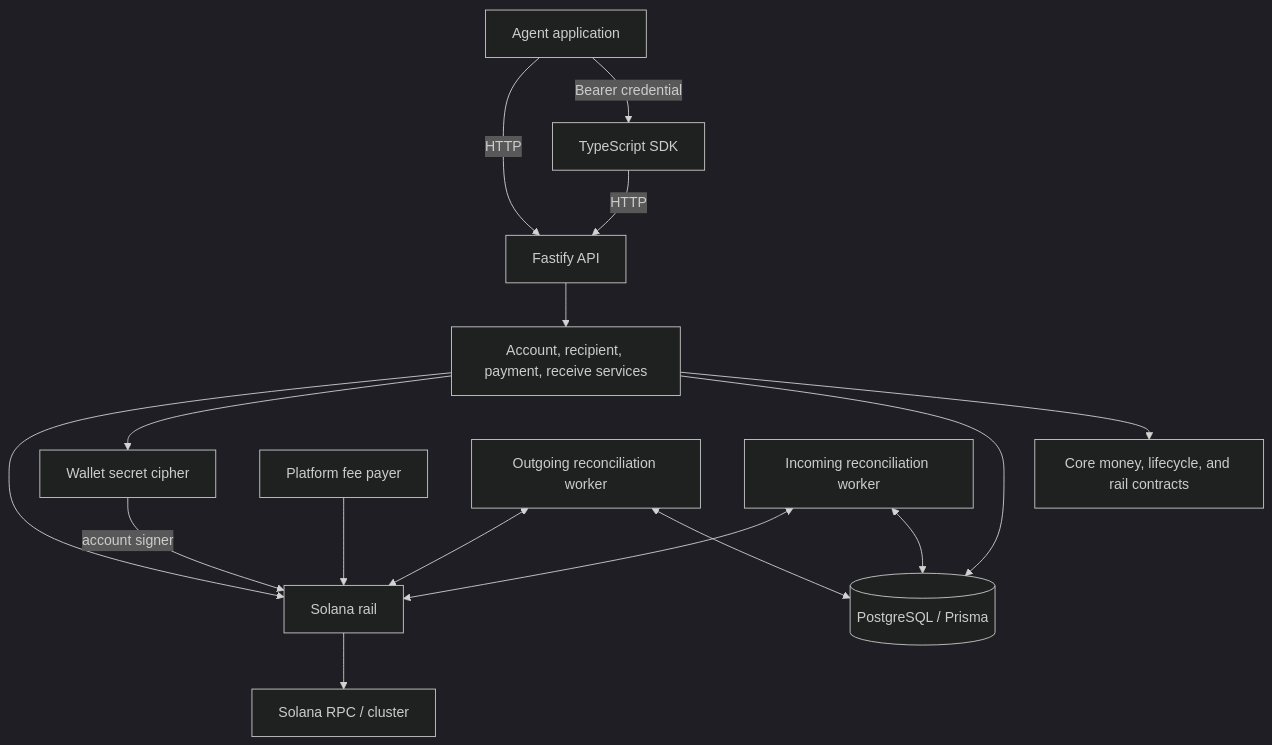
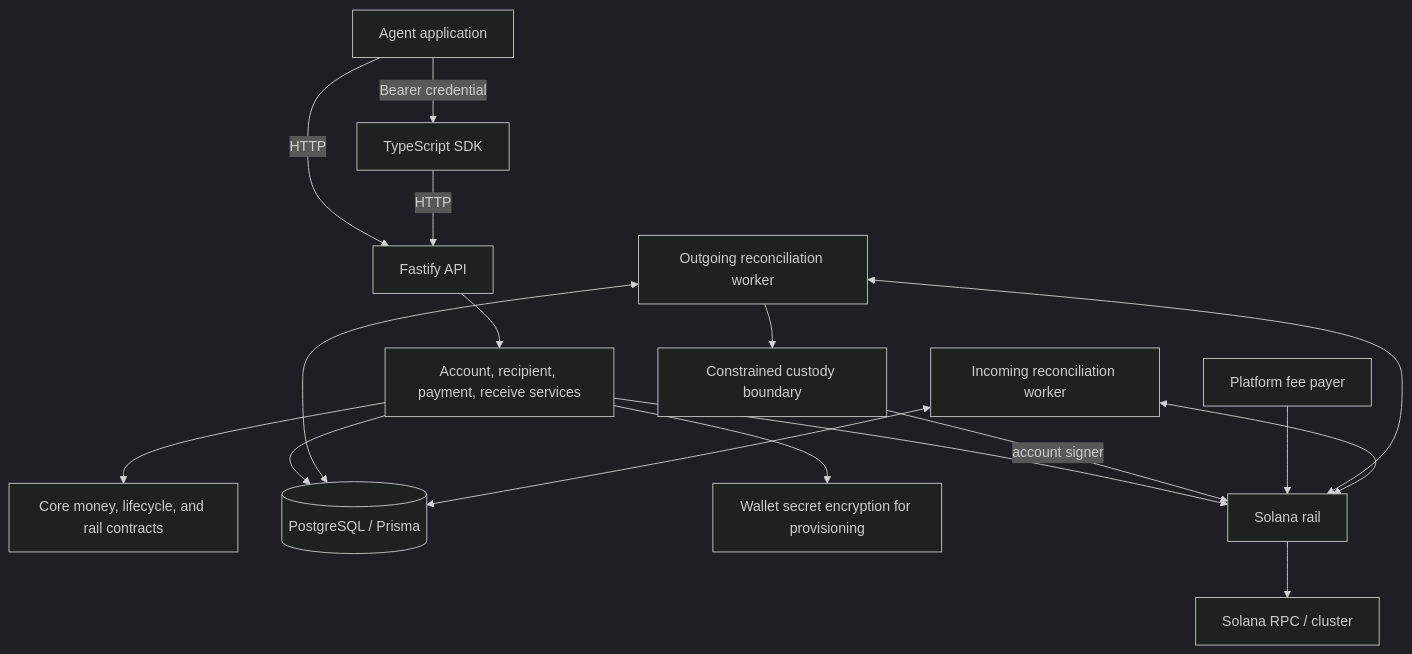
Before and after one commit to amblackrust/agent-payment-account: the first of 3 diagrams in docs/architecture.md, drawn with Mermaid (dark theme). The commit also changed other lines of this file and 7 other files, not shown here.

````diff
--- a/docs/architecture.md
+++ b/docs/architecture.md
@@ -7,21 +7,22 @@
 ```mermaid
 flowchart TB
   App[Agent application] -->|Bearer credential| SDK[TypeScript SDK]
   App -->|HTTP| API[Fastify API]
   SDK -->|HTTP| API
 
   API --> Services[Account, recipient, payment, receive services]
   Services --> Core[Core money, lifecycle, and rail contracts]
   Services --> DB[(PostgreSQL / Prisma)]
-  Services --> Custody[Wallet secret cipher]
+  Services --> Provisioning[Wallet secret encryption for provisioning]
+  Outgoing --> Custody[Constrained custody boundary]
   Services --> Rail[Solana rail]
 
   Custody -->|account signer| Rail
   FeePayer[Platform fee payer] --> Rail
   Rail --> RPC[Solana RPC / cluster]
 
   Outgoing[Outgoing reconciliation worker] <--> DB
   Incoming[Incoming reconciliation worker] <--> DB
   Outgoing <--> Rail
   Incoming <--> Rail
 ```
````
